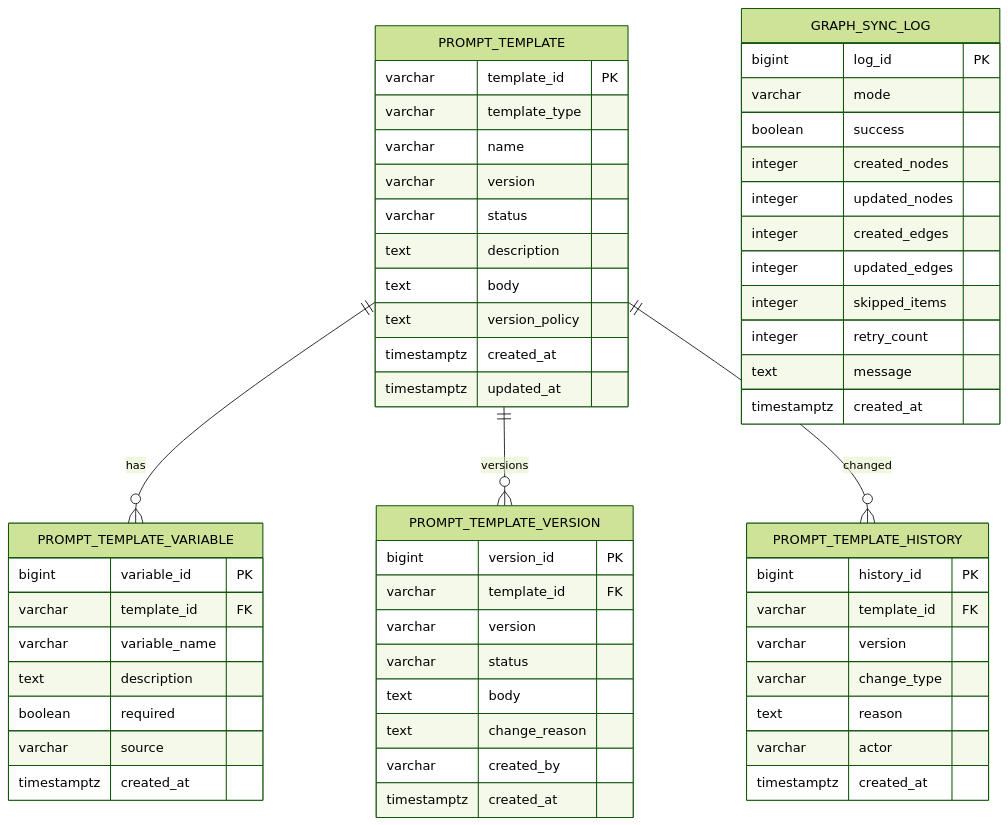
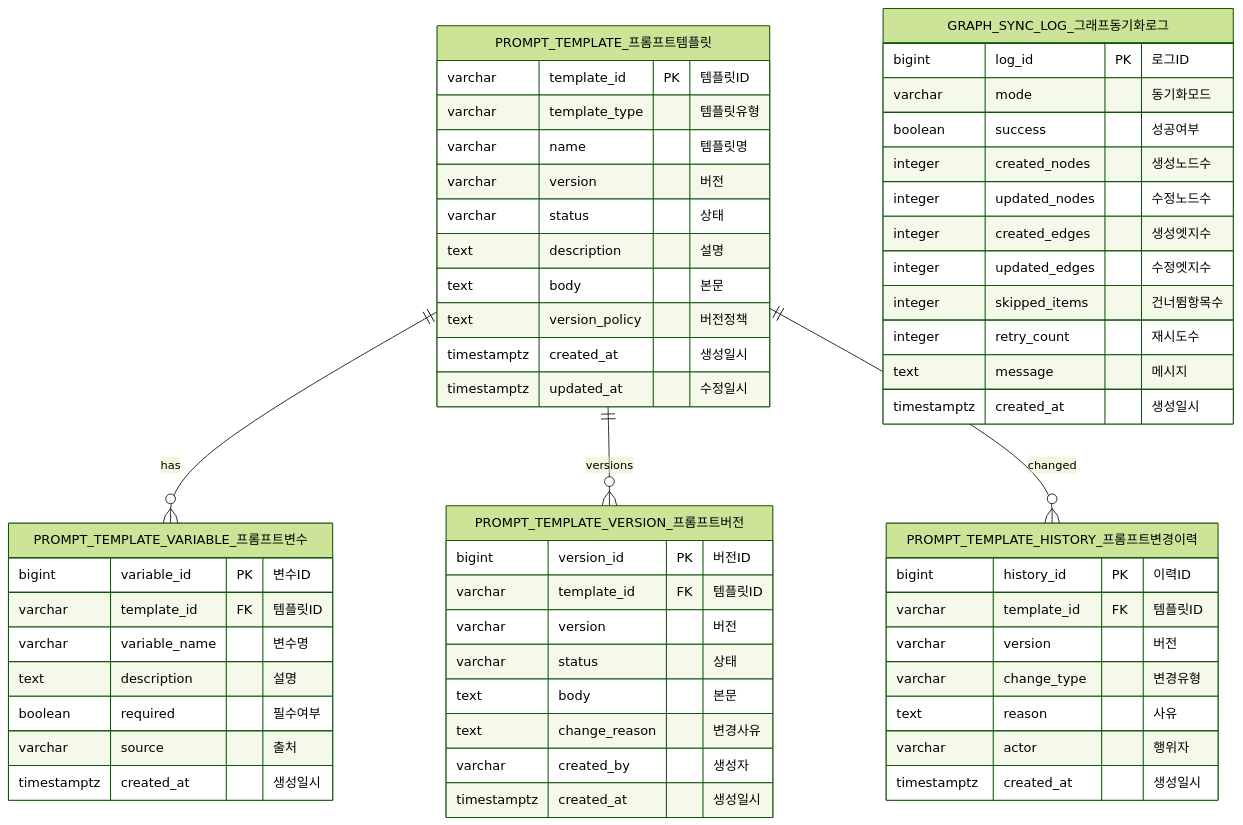
The second of 8 diagrams in erd.md (schooldevops/ubiquitous-language-manager), drawn with Mermaid (forest theme) before and after one commit. The commit also changed other lines of this file and 416 other files, not shown here.

````diff
--- a/erd.md
+++ b/erd.md
@@ -155,64 +155,64 @@
 ```mermaid
 erDiagram
-    PROMPT_TEMPLATE {
-        varchar template_id PK
-        varchar template_type
-        varchar name
-        varchar version
-        varchar status
-        text description
-        text body
-        text version_policy
-        timestamptz created_at
-        timestamptz updated_at
+    PROMPT_TEMPLATE_프롬프트템플릿 {
+        varchar template_id PK "템플릿ID"
+        varchar template_type "템플릿유형"
+        varchar name "템플릿명"
+        varchar version "버전"
+        varchar status "상태"
+        text description "설명"
+        text body "본문"
+        text version_policy "버전정책"
+        timestamptz created_at "생성일시"
+        timestamptz updated_at "수정일시"
     }
 
-    PROMPT_TEMPLATE_VARIABLE {
-        bigint variable_id PK
-        varchar template_id FK
-        varchar variable_name
-        text description
-        boolean required
-        varchar source
-        timestamptz created_at
+    PROMPT_TEMPLATE_VARIABLE_프롬프트변수 {
+        bigint variable_id PK "변수ID"
+        varchar template_id FK "템플릿ID"
+        varchar variable_name "변수명"
+        text description "설명"
+        boolean required "필수여부"
+        varchar source "출처"
+        timestamptz created_at "생성일시"
     }
 
-    PROMPT_TEMPLATE_VERSION {
-        bigint version_id PK
-        varchar template_id FK
-        varchar version
-        varchar status
-        text body
-        text change_reason
-        varchar created_by
-        timestamptz created_at
+    PROMPT_TEMPLATE_VERSION_프롬프트버전 {
+        bigint version_id PK "버전ID"
+        varchar template_id FK "템플릿ID"
+        varchar version "버전"
+        varchar status "상태"
+        text body "본문"
+        text change_reason "변경사유"
+        varchar created_by "생성자"
+        timestamptz created_at "생성일시"
     }
 
-    PROMPT_TEMPLATE_HISTORY {
-        bigint history_id PK
-        varchar template_id FK
-        varchar version
-        varchar change_type
-        text reason
-        varchar actor
-        timestamptz created_at
+    PROMPT_TEMPLATE_HISTORY_프롬프트변경이력 {
+        bigint history_id PK "이력ID"
+        varchar template_id FK "템플릿ID"
+        varchar version "버전"
+        varchar change_type "변경유형"
+        text reason "사유"
+        varchar actor "행위자"
+        timestamptz created_at "생성일시"
     }
 
-    GRAPH_SYNC_LOG {
-        bigint log_id PK
-        varchar mode
-        boolean success
-        integer created_nodes
-        integer updated_nodes
-        integer created_edges
-        integer updated_edges
-        integer skipped_items
-        integer retry_count
-        text message
-        timestamptz created_at
+    GRAPH_SYNC_LOG_그래프동기화로그 {
+        bigint log_id PK "로그ID"
+        varchar mode "동기화모드"
+        boolean success "성공여부"
+        integer created_nodes "생성노드수"
+        integer updated_nodes "수정노드수"
+        integer created_edges "생성엣지수"
+        integer updated_edges "수정엣지수"
+        integer skipped_items "건너뜀항목수"
+        integer retry_count "재시도수"
+        text message "메시지"
+        timestamptz created_at "생성일시"
     }
 
-    PROMPT_TEMPLATE ||--o{ PROMPT_TEMPLATE_VARIABLE : has
-    PROMPT_TEMPLATE ||--o{ PROMPT_TEMPLATE_VERSION : versions
-    PROMPT_TEMPLATE ||--o{ PROMPT_TEMPLATE_HISTORY : changed
+    PROMPT_TEMPLATE_프롬프트템플릿 ||--o{ PROMPT_TEMPLATE_VARIABLE_프롬프트변수 : has
+    PROMPT_TEMPLATE_프롬프트템플릿 ||--o{ PROMPT_TEMPLATE_VERSION_프롬프트버전 : versions
+    PROMPT_TEMPLATE_프롬프트템플릿 ||--o{ PROMPT_TEMPLATE_HISTORY_프롬프트변경이력 : changed
 ```
````
